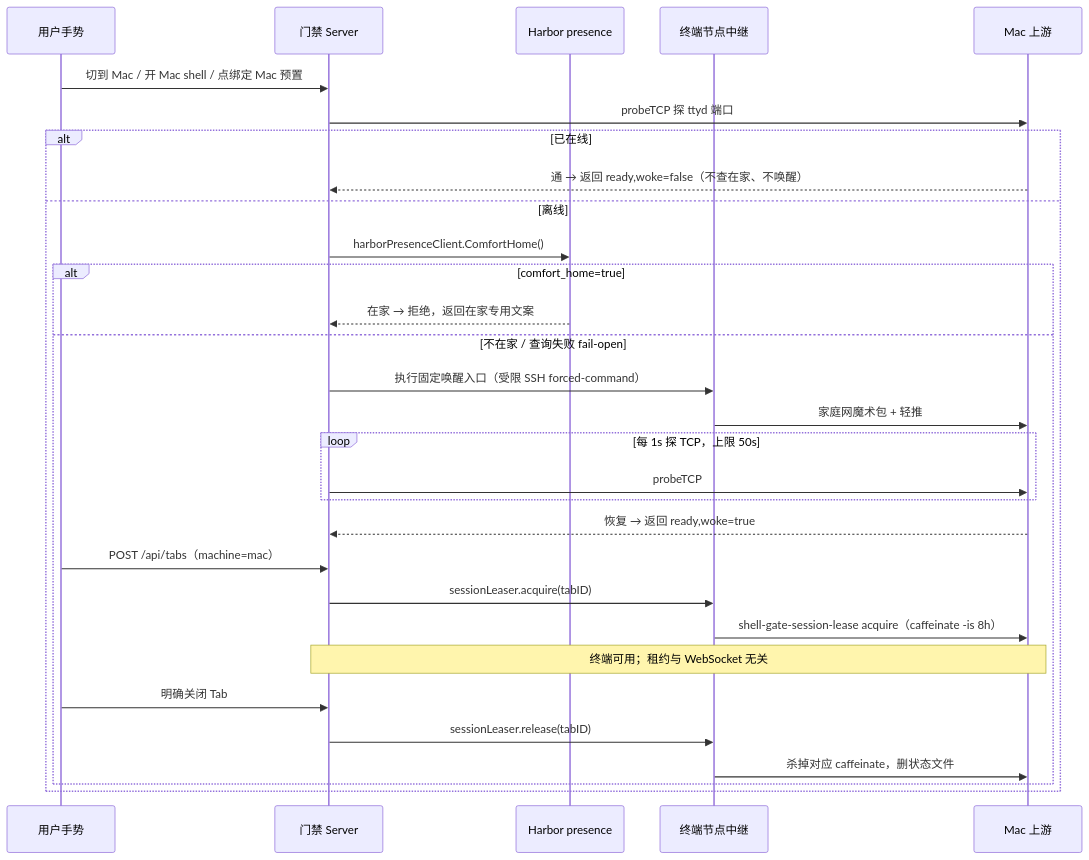
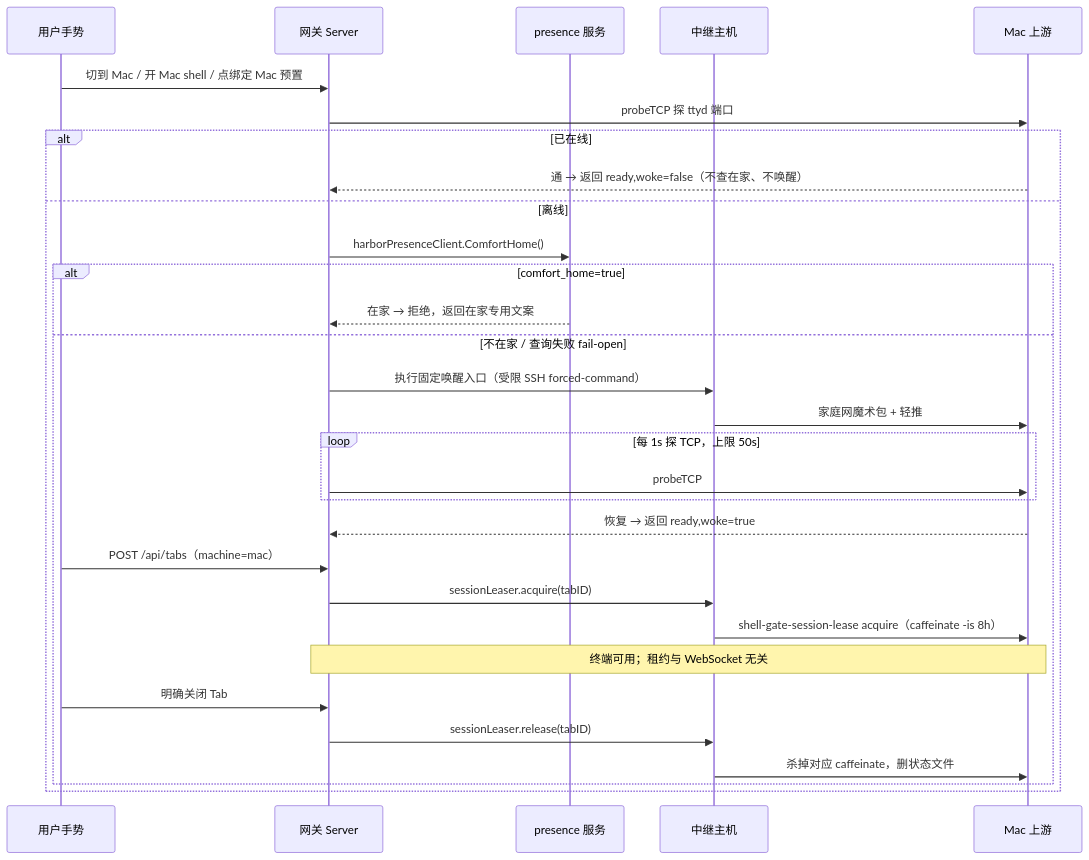
The diagram in docs/MAC_WAKE_LEASE_KNOWLEDGE_BASE.md (x0c/shell-gate), drawn with Mermaid before and after one commit. The commit also changed other lines of this file and 27 other files, not shown here.

````diff
--- a/docs/MAC_WAKE_LEASE_KNOWLEDGE_BASE.md
+++ b/docs/MAC_WAKE_LEASE_KNOWLEDGE_BASE.md
@@ -63,32 +63,32 @@
 ```mermaid
 sequenceDiagram
     participant U as 用户手势
-    participant G as 门禁 Server
-    participant P as Harbor presence
-    participant S as 终端节点中继
+    participant G as 网关 Server
+    participant P as presence 服务
+    participant S as 中继主机
     participant M as Mac 上游
     U->>G: 切到 Mac / 开 Mac shell / 点绑定 Mac 预置
     G->>M: probeTCP 探 ttyd 端口
     alt 已在线
         M-->>G: 通 → 返回 ready,woke=false（不查在家、不唤醒）
     else 离线
         G->>P: harborPresenceClient.ComfortHome()
         alt comfort_home=true
             P-->>G: 在家 → 拒绝，返回在家专用文案
         else 不在家 / 查询失败 fail-open
             G->>S: 执行固定唤醒入口（受限 SSH forced-command）
             S->>M: 家庭网魔术包 + 轻推
             loop 每 1s 探 TCP，上限 50s
                 G->>M: probeTCP
             end
             M-->>G: 恢复 → 返回 ready,woke=true
             U->>G: POST /api/tabs（machine=mac）
             G->>S: sessionLeaser.acquire(tabID)
             S->>M: shell-gate-session-lease acquire（caffeinate -is 8h）
             Note over G,M: 终端可用；租约与 WebSocket 无关
             U->>G: 明确关闭 Tab
             G->>S: sessionLeaser.release(tabID)
             S->>M: 杀掉对应 caffeinate，删状态文件
         end
     end
 ```
````
